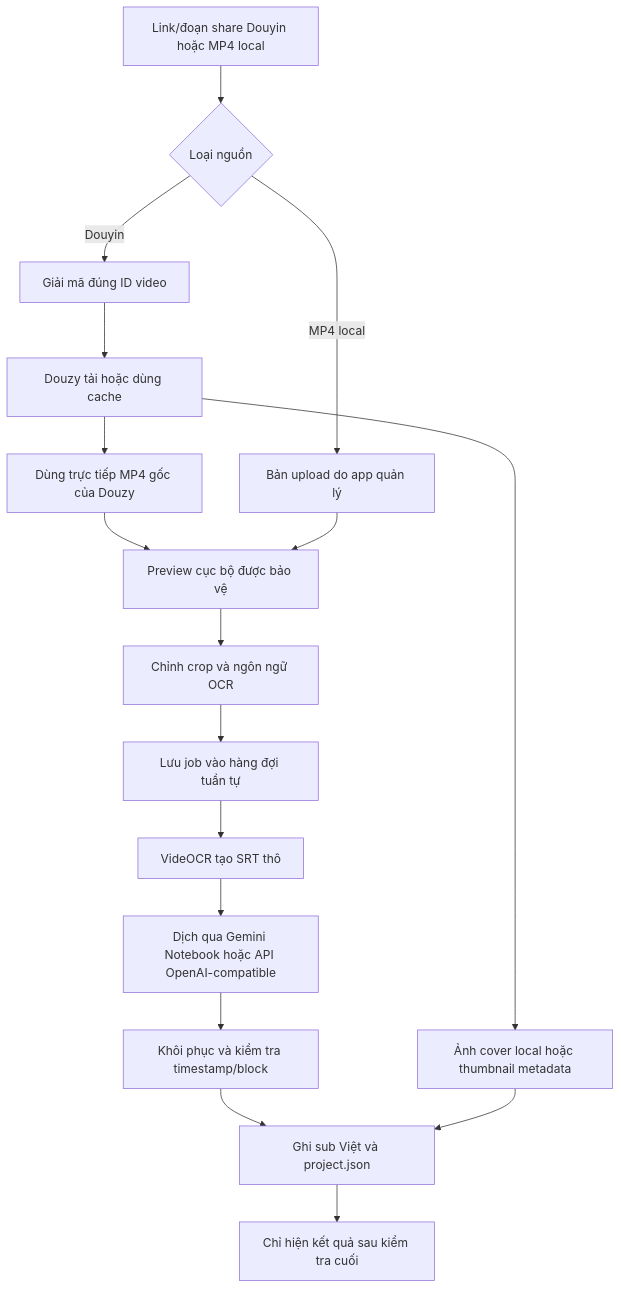
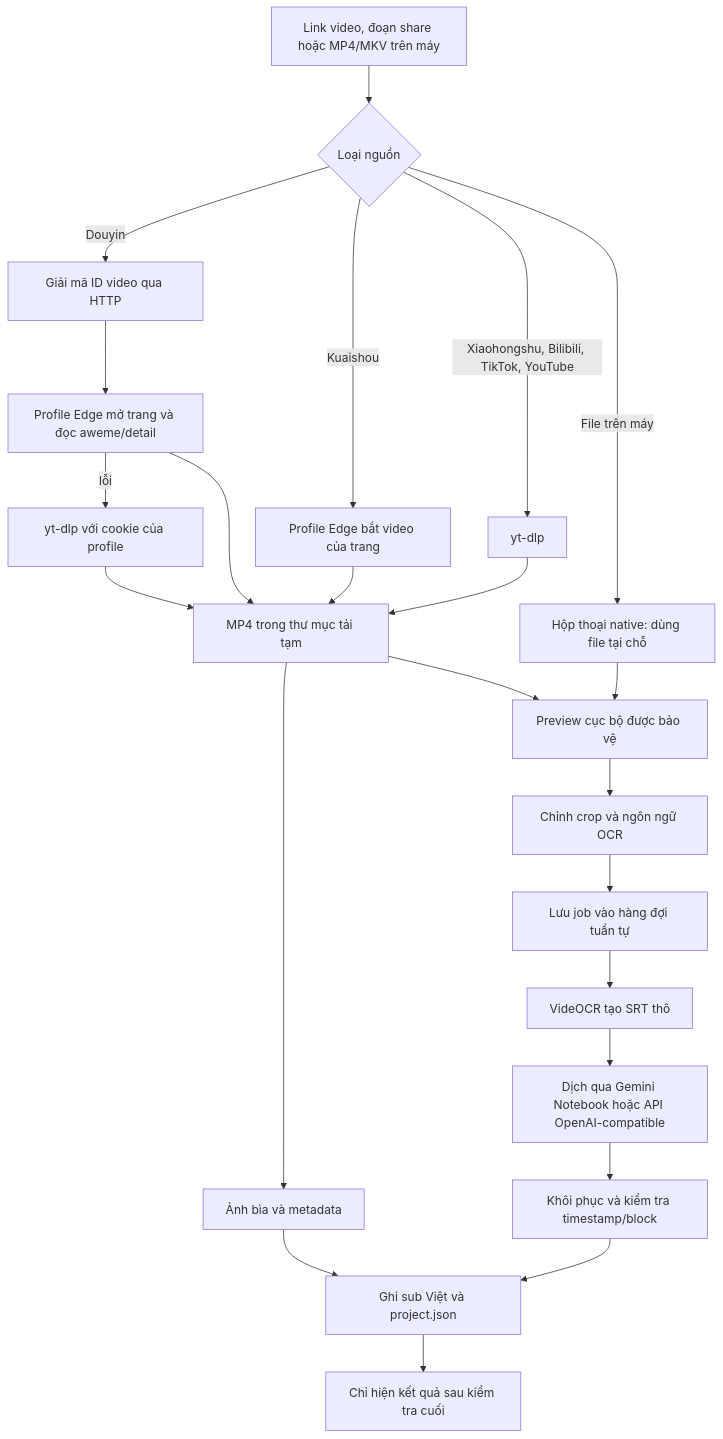
Before and after one commit to qvinh8726/VietSub-Studio: the second of 2 diagrams in README.md, drawn with Mermaid. The commit also changed other lines of this file and 31 other files, not shown here.

````diff
--- a/README.md
+++ b/README.md
@@ -962,19 +991,25 @@
 ```mermaid
 flowchart TD
-    A[Link/đoạn share Douyin hoặc MP4 local] --> B{Loại nguồn}
-    B -->|Douyin| C[Giải mã đúng ID video]
-    C --> D[Douzy tải hoặc dùng cache]
-    D --> E[Dùng trực tiếp MP4 gốc của Douzy]
-    D --> T[Ảnh cover local hoặc thumbnail metadata]
-    B -->|MP4 local| F[Bản upload do app quản lý]
+    A[Link video, đoạn share hoặc MP4/MKV trên máy] --> B{Loại nguồn}
+    B -->|Douyin| C[Giải mã ID video qua HTTP]
+    C --> D[Profile Edge mở trang và đọc aweme/detail]
+    D -->|lỗi| D2[yt-dlp với cookie của profile]
+    B -->|Kuaishou| K1[Profile Edge bắt video của trang]
+    B -->|Xiaohongshu, Bilibili, TikTok, YouTube| Y[yt-dlp]
+    D --> E[MP4 trong thư mục tải tạm]
+    D2 --> E
+    K1 --> E
+    Y --> E
+    E --> T[Ảnh bìa và metadata]
+    B -->|File trên máy| F[Hộp thoại native: dùng file tại chỗ]
     E --> G[Preview cục bộ được bảo vệ]
     F --> G
     G --> H[Chỉnh crop và ngôn ngữ OCR]
     H --> I[Lưu job vào hàng đợi tuần tự]
     I --> J[VideOCR tạo SRT thô]
     J --> K[Dịch qua Gemini Notebook hoặc API OpenAI-compatible]
     K --> L[Khôi phục và kiểm tra timestamp/block]
     L --> M[Ghi sub Việt và project.json]
     T --> M
     M --> N[Chỉ hiện kết quả sau kiểm tra cuối]
 ```
````
